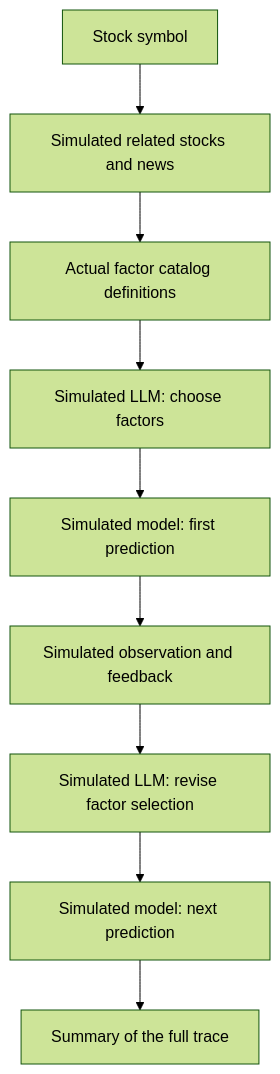
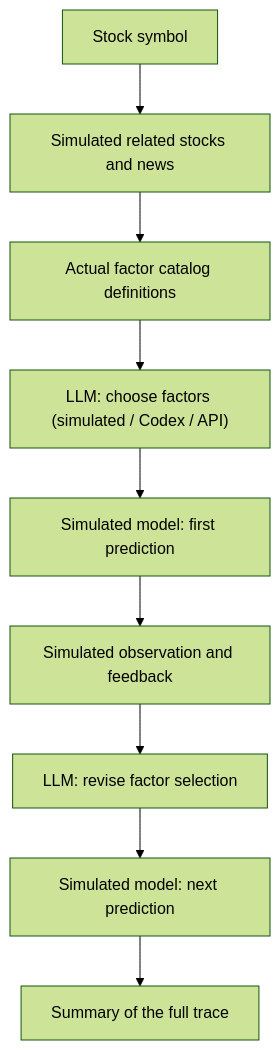
The second of 2 diagrams in README.md (chickeyton/Quant_RSI), drawn with Mermaid (forest theme) before and after one commit. The commit also changed other lines of this file and 5 other files, not shown here.

Commit message:
Connect research hypotheses through Codex or API key

````diff
--- a/README.md
+++ b/README.md
@@ -71,11 +73,11 @@
 ```mermaid
 flowchart TD
     A["Stock symbol"] --> B["Simulated related stocks and news"]
     B --> C["Actual factor catalog definitions"]
-    C --> D["Simulated LLM: choose factors"]
+    C --> D["LLM: choose factors (simulated / Codex / API)"]
     D --> E["Simulated model: first prediction"]
     E --> F["Simulated observation and feedback"]
-    F --> G["Simulated LLM: revise factor selection"]
+    F --> G["LLM: revise factor selection"]
     G --> H["Simulated model: next prediction"]
     H --> I["Summary of the full trace"]
 ```
````
